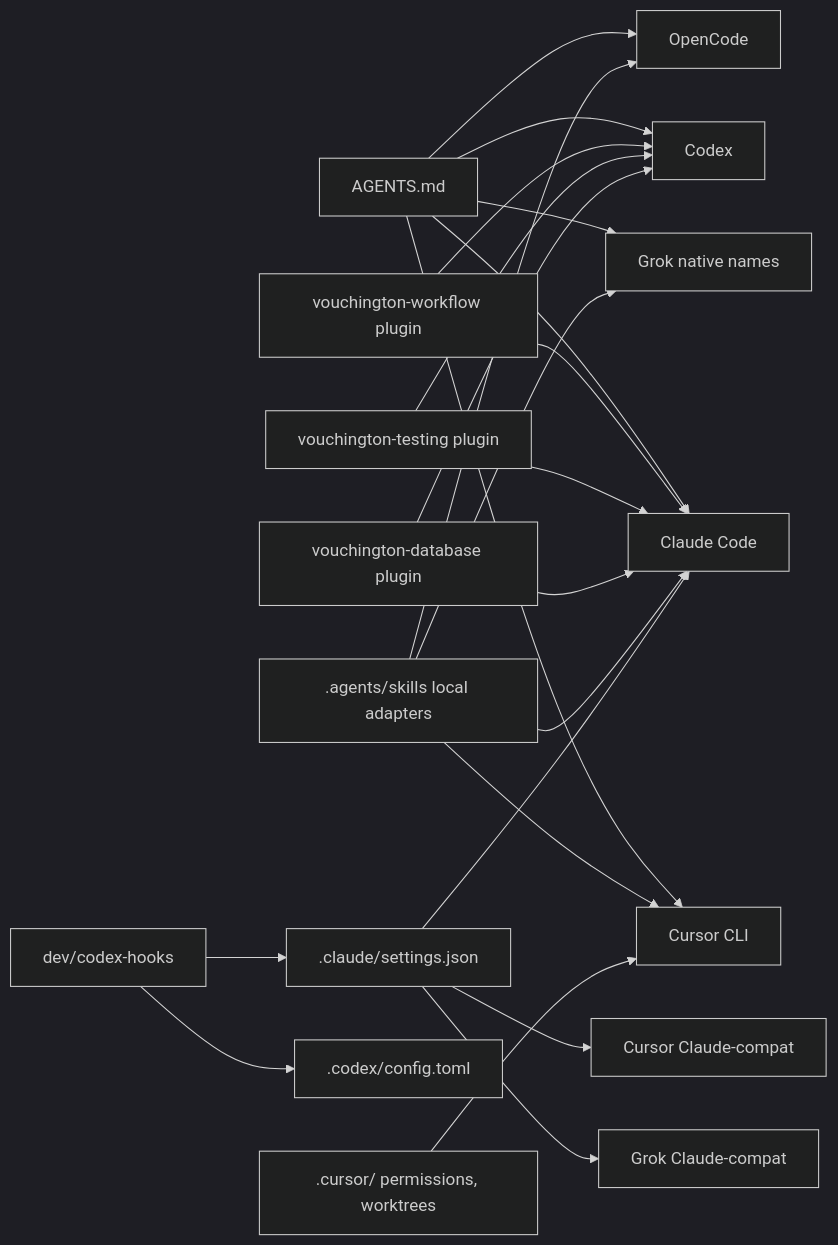
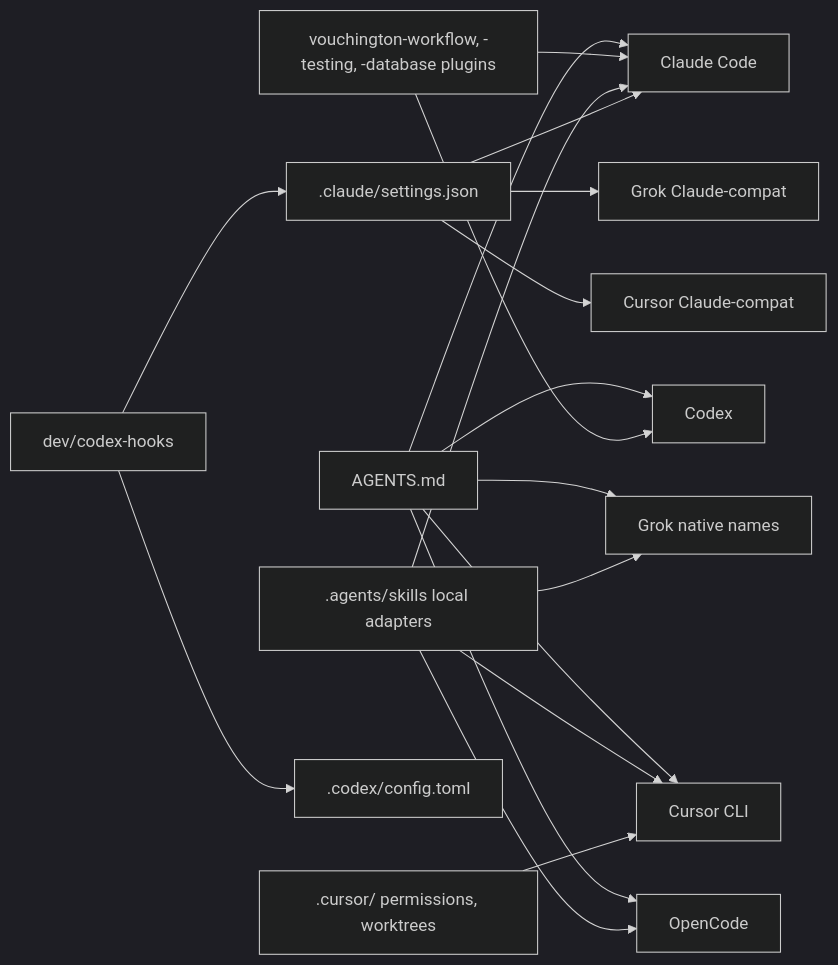
One commit to vouchington/vouchington changed the diagram in docs/development/agent-harness-parity.md. Above: the diagram before and after it, drawn with Mermaid (dark theme). The commit also changed other lines of this file and 250 other files, not shown here.

First line of the commit message:
docs(development): cut development docs to why, impact, and architecture

````diff
--- a/docs/development/agent-harness-parity.md
+++ b/docs/development/agent-harness-parity.md
@@ -62,24 +37,20 @@
 ```mermaid
 flowchart LR
   claudeMd[AGENTS.md] --> claude[Claude Code]
   claudeMd --> codex[Codex]
   claudeMd --> grok[Grok native names]
   claudeMd --> cursor[Cursor CLI]
   claudeMd --> opencode[OpenCode]
-  workflowPlugin[vouchington-workflow plugin] --> claude
-  workflowPlugin --> codex
-  testingPlugin[vouchington-testing plugin] --> claude
-  testingPlugin --> codex
-  databasePlugin[vouchington-database plugin] --> claude
-  databasePlugin --> codex
+  plugins[vouchington-workflow, -testing, -database plugins] --> claude
+  plugins --> codex
   skills[.agents/skills local adapters] --> claude
   skills --> grok
   skills --> cursor
   skills --> opencode
   claudeHooks[.claude/settings.json] --> claude
   claudeHooks --> grokCompat[Grok Claude-compat]
   claudeHooks --> cursorCompat[Cursor Claude-compat]
   hookRunner[dev/codex-hooks] --> claudeHooks
   hookRunner --> codexConfig[.codex/config.toml]
   cursorConfig[".cursor/ permissions, worktrees"] --> cursor
 ```
````
